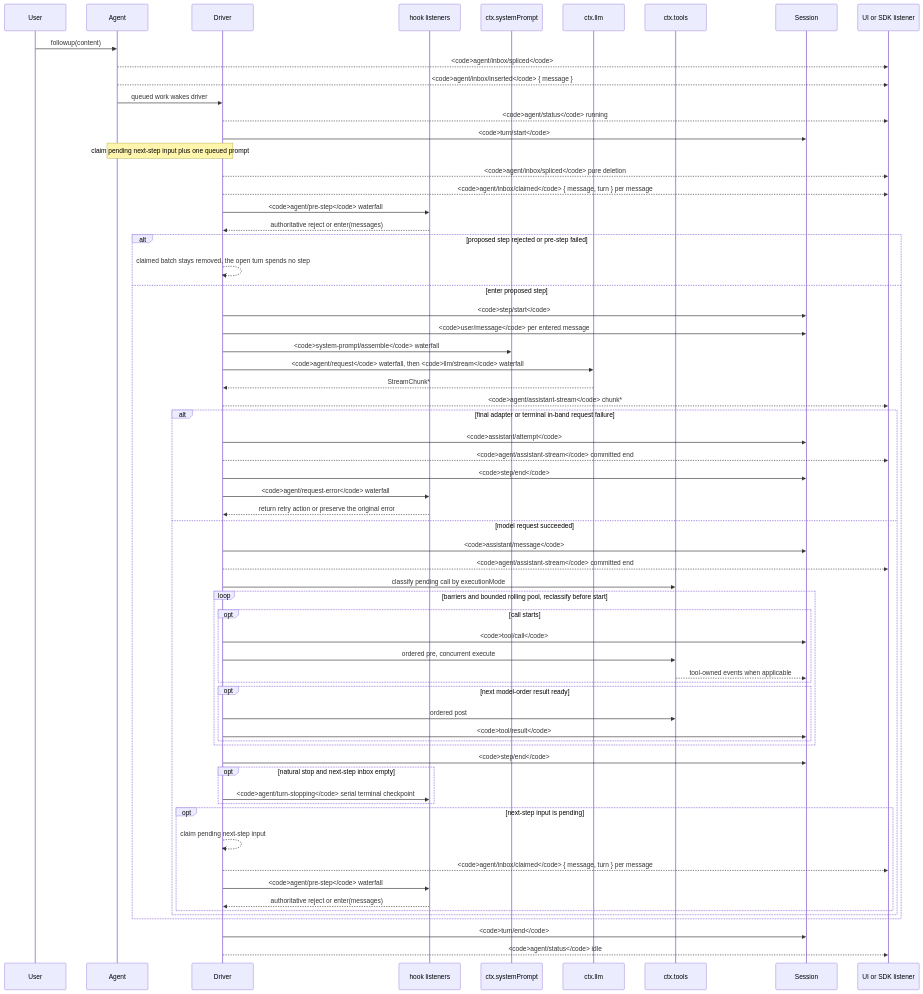
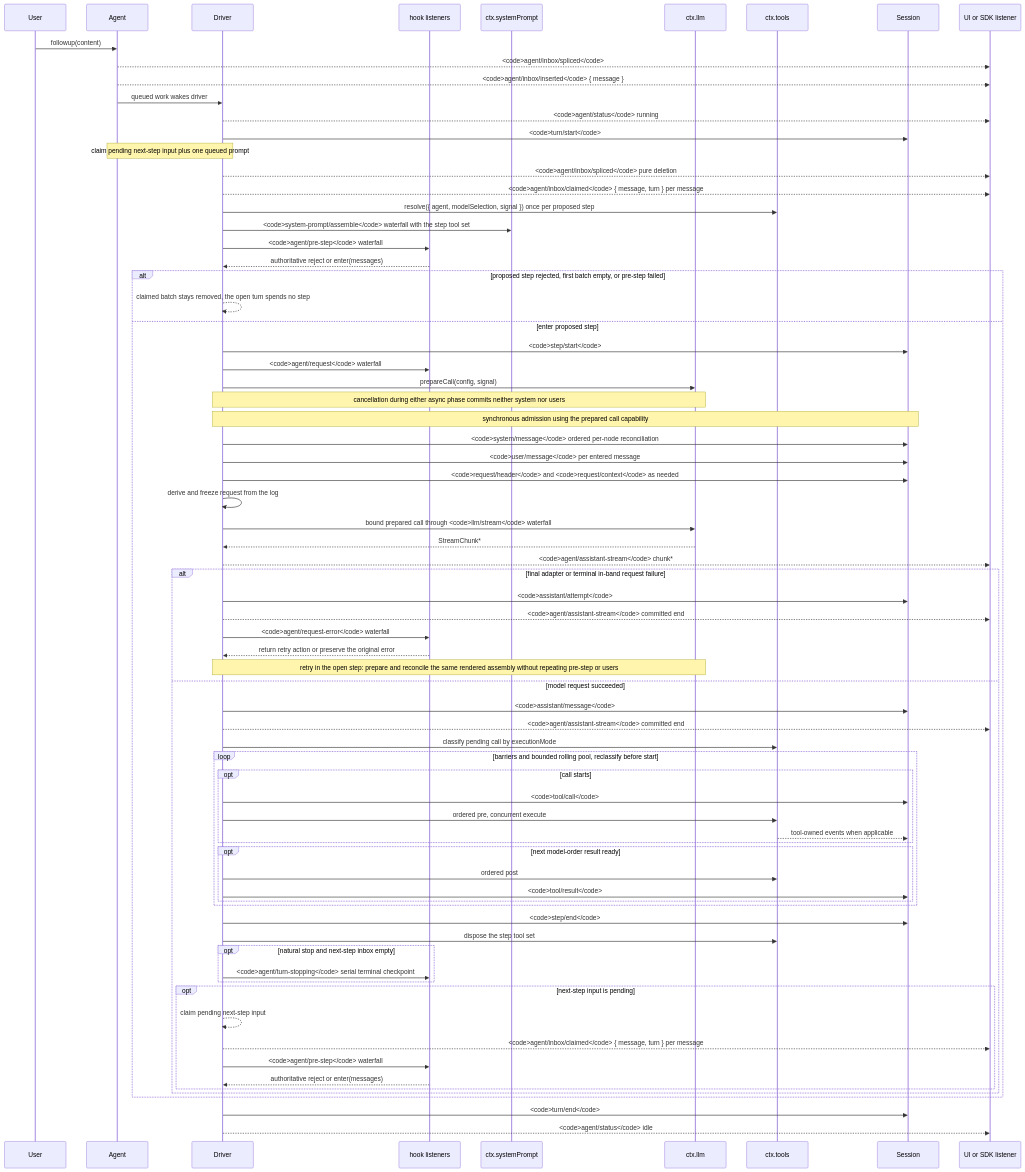
The diagram in docs/agent-lifecycle.md (gong88888888/deepseekharness1m), drawn with Mermaid before and after one commit. The commit also changed other lines of this file and 20974 other files, not shown here.

````diff
--- a/docs/agent-lifecycle.md
+++ b/docs/agent-lifecycle.md
@@ -8,67 +8,76 @@
 ```mermaid
 sequenceDiagram
   participant User
   participant Agent
   participant Driver
   participant Hooks as hook listeners
   participant Prompt as ctx.systemPrompt
   participant LLM as ctx.llm
   participant Tools as ctx.tools
   participant Session
   participant SDK as UI or SDK listener
   User->>Agent: followup(content)
   Agent-->>SDK: <code>agent/inbox/spliced</code>
   Agent-->>SDK: <code>agent/inbox/inserted</code> { message }
   Agent->>Driver: queued work wakes driver
   Driver-->>SDK: <code>agent/status</code> running
   Driver->>Session: <code>turn/start</code>
   Note over Agent,Driver: claim pending next-step input plus one queued prompt
   Driver-->>SDK: <code>agent/inbox/spliced</code> pure deletion
   Driver-->>SDK: <code>agent/inbox/claimed</code> { message, turn } per message
+  Driver->>Tools: resolve({ agent, modelSelection, signal }) once per proposed step
+  Driver->>Prompt: <code>system-prompt/assemble</code> waterfall with the step tool set
   Driver->>Hooks: <code>agent/pre-step</code> waterfall
   Hooks-->>Driver: authoritative reject or enter(messages)
-  alt proposed step rejected or pre-step failed
+  alt proposed step rejected, first batch empty, or pre-step failed
     Driver-->>Driver: claimed batch stays removed, the open turn spends no step
   else enter proposed step
   Driver->>Session: <code>step/start</code>
+  Driver->>Hooks: <code>agent/request</code> waterfall
+  Driver->>LLM: prepareCall(config, signal)
+  Note over Driver,LLM: cancellation during either async phase commits neither system nor users
+  Note over Driver,Session: synchronous admission using the prepared call capability
+  Driver->>Session: <code>system/message</code> ordered per-node reconciliation
   Driver->>Session: <code>user/message</code> per entered message
-  Driver->>Prompt: <code>system-prompt/assemble</code> waterfall
-  Driver->>LLM: <code>agent/request</code> waterfall, then <code>llm/stream</code> waterfall
+  Driver->>Session: <code>request/header</code> and <code>request/context</code> as needed
+  Driver->>Driver: derive and freeze request from the log
+  Driver->>LLM: bound prepared call through <code>llm/stream</code> waterfall
   LLM-->>Driver: StreamChunk*
   Driver-->>SDK: <code>agent/assistant-stream</code> chunk*
   alt final adapter or terminal in-band request failure
     Driver->>Session: <code>assistant/attempt</code>
     Driver-->>SDK: <code>agent/assistant-stream</code> committed end
-    Driver->>Session: <code>step/end</code>
     Driver->>Hooks: <code>agent/request-error</code> waterfall
     Hooks-->>Driver: return retry action or preserve the original error
+    Note over Driver,LLM: retry in the open step: prepare and reconcile the same rendered assembly without repeating pre-step or users
   else model request succeeded
   Driver->>Session: <code>assistant/message</code>
   Driver-->>SDK: <code>agent/assistant-stream</code> committed end
   Driver->>Tools: classify pending call by executionMode
   loop barriers and bounded rolling pool, reclassify before start
     opt call starts
       Driver->>Session: <code>tool/call</code>
       Driver->>Tools: ordered pre, concurrent execute
       Tools-->>Session: tool-owned events when applicable
     end
     opt next model-order result ready
       Driver->>Tools: ordered post
       Driver->>Session: <code>tool/result</code>
     end
   end
   Driver->>Session: <code>step/end</code>
+  Driver->>Tools: dispose the step tool set
   opt natural stop and next-step inbox empty
     Driver->>Hooks: <code>agent/turn-stopping</code> serial terminal checkpoint
   end
   opt next-step input is pending
     Driver-->>Driver: claim pending next-step input
     Driver-->>SDK: <code>agent/inbox/claimed</code> { message, turn } per message
     Driver->>Hooks: <code>agent/pre-step</code> waterfall
     Hooks-->>Driver: authoritative reject or enter(messages)
   end
   end
   end
   Driver->>Session: <code>turn/end</code>
   Driver-->>SDK: <code>agent/status</code> idle
 ```
````
